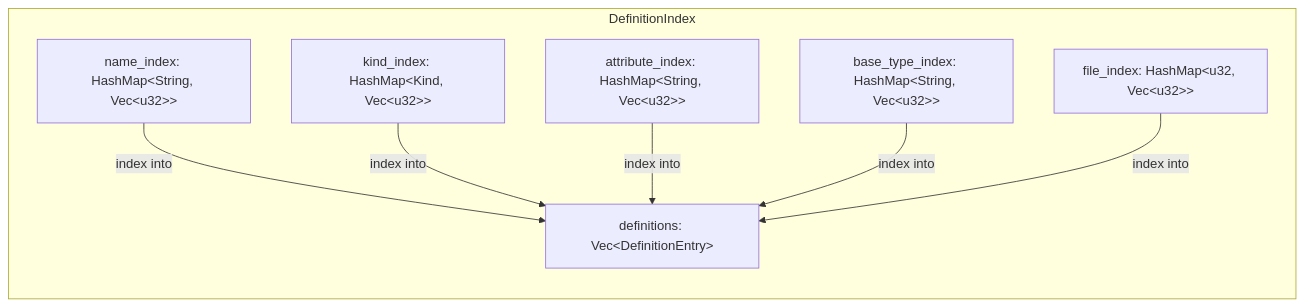
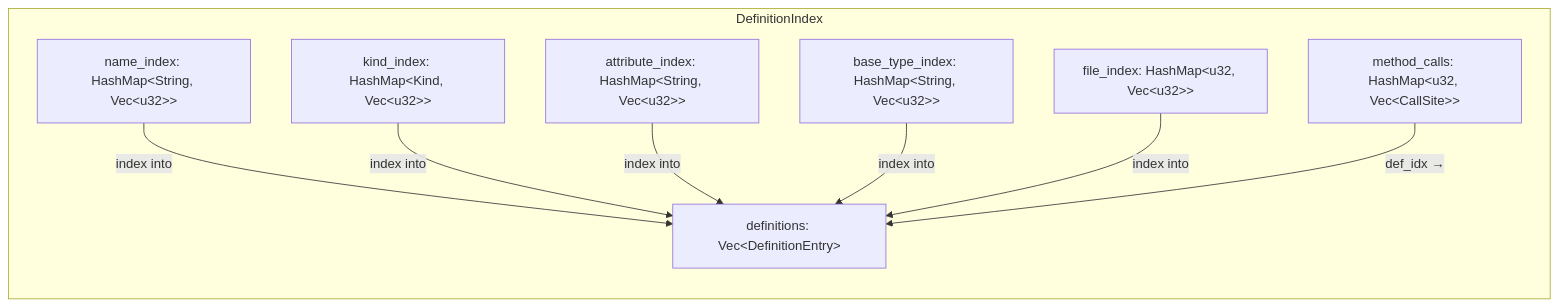
One commit to pustynsky/search-index changed the second of 8 diagrams in docs/architecture.md. Above: the diagram before and after it, drawn with Mermaid. The commit also changed other lines of this file and 2 other files, not shown here.

Commit message:
docs: update architecture.md with call graph (method_calls, CallSite), direction up/down pipelines, class scoping

````diff
--- a/docs/architecture.md
+++ b/docs/architecture.md
@@ -108,17 +108,19 @@
 ```mermaid
 graph LR
     subgraph DefinitionIndex
         DEFS["definitions: Vec&lt;DefinitionEntry&gt;"]
         NI["name_index: HashMap&lt;String, Vec&lt;u32&gt;&gt;"]
         KI["kind_index: HashMap&lt;Kind, Vec&lt;u32&gt;&gt;"]
         AI["attribute_index: HashMap&lt;String, Vec&lt;u32&gt;&gt;"]
         BTI["base_type_index: HashMap&lt;String, Vec&lt;u32&gt;&gt;"]
         FII["file_index: HashMap&lt;u32, Vec&lt;u32&gt;&gt;"]
+        MC["method_calls: HashMap&lt;u32, Vec&lt;CallSite&gt;&gt;"]
     end
 
     NI -->|"index into"| DEFS
     KI -->|"index into"| DEFS
     AI -->|"index into"| DEFS
     BTI -->|"index into"| DEFS
     FII -->|"index into"| DEFS
+    MC -->|"def_idx →"| DEFS
 ```
````
